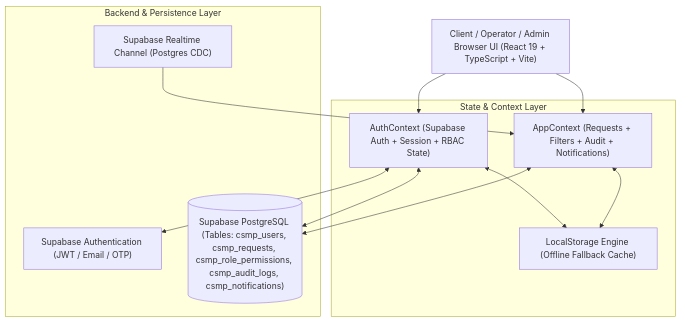
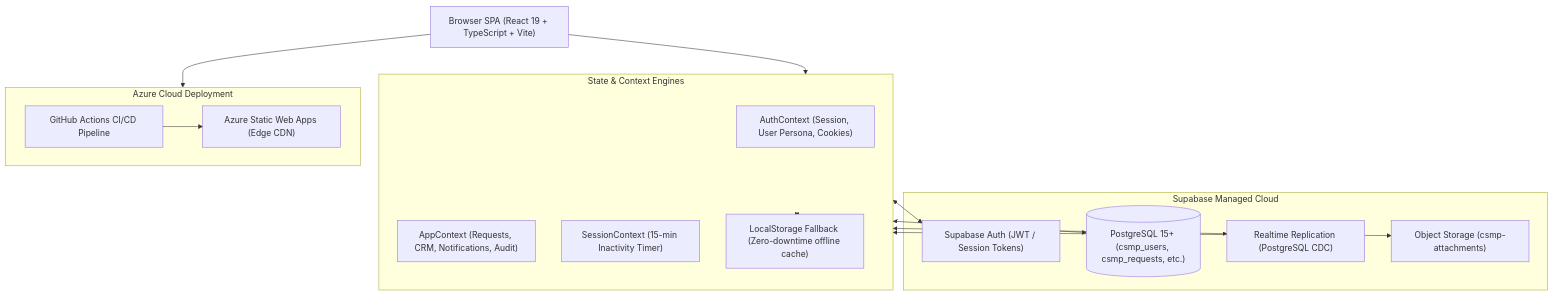
One commit to itegramin/egspl changed the diagram in README.md. Above: the diagram before and after it, drawn with Mermaid. The commit also changed other lines of this file and 31 other files, not shown here.

````diff
--- a/README.md
+++ b/README.md
@@ -53,25 +56,32 @@
 ```mermaid
 graph TD
-    ClientApp["Client / Operator / Admin Browser UI (React 19 + TypeScript + Vite)"]
-    
-    subgraph StateAndContext["State & Context Layer"]
-        AuthCtx["AuthContext (Supabase Auth + Session + RBAC State)"]
-        AppCtx["AppContext (Requests + Filters + Audit + Notifications)"]
-        LocalStorage["LocalStorage Engine (Offline Fallback Cache)"]
+    Client["Browser SPA (React 19 + TypeScript + Vite)"]
+
+    subgraph StateLayer["State & Context Engines"]
+        Auth["AuthContext (Session, User Persona, Cookies)"]
+        App["AppContext (Requests, CRM, Notifications, Audit)"]
+        Timer["SessionContext (15-min Inactivity Timer)"]
+        LocalCache["LocalStorage Fallback (Zero-downtime offline cache)"]
     end
 
-    subgraph BackendServices["Backend & Persistence Layer"]
-        SupabaseAuth["Supabase Authentication (JWT / Email / OTP)"]
-        PostgresDB[("Supabase PostgreSQL (Tables: csmp_users, csmp_requests, csmp_role_permissions, csmp_audit_logs, csmp_notifications)")]
-        RealtimeEngine["Supabase Realtime Channel (Postgres CDC)"]
+    subgraph CloudLayer["Supabase Managed Cloud"]
+        SupaAuth["Supabase Auth (JWT / Session Tokens)"]
+        SupaDB[("PostgreSQL 15+ (csmp_users, csmp_requests, etc.)")]
+        SupaRealtime["Realtime Replication (PostgreSQL CDC)"]
+        SupaStorage["Object Storage (csmp-attachments)"]
     end
 
-    ClientApp --> AuthCtx
-    ClientApp --> AppCtx
-    AuthCtx <--> LocalStorage
-    AppCtx <--> LocalStorage
-    AuthCtx <--> SupabaseAuth
-    AuthCtx <--> PostgresDB
-    AppCtx <--> PostgresDB
-    RealtimeEngine --> AppCtx
+    subgraph HostingLayer["Azure Cloud Deployment"]
+        AzureSWA["Azure Static Web Apps (Edge CDN)"]
+        GH["GitHub Actions CI/CD Pipeline"]
+    end
+
+    Client --> HostingLayer
+    Client --> StateLayer
+    StateLayer <--> LocalCache
+    StateLayer <--> SupaAuth
+    StateLayer <--> SupaDB
+    StateLayer <--> SupaRealtime
+    StateLayer <--> SupaStorage
+    GH --> AzureSWA
 ```
````
